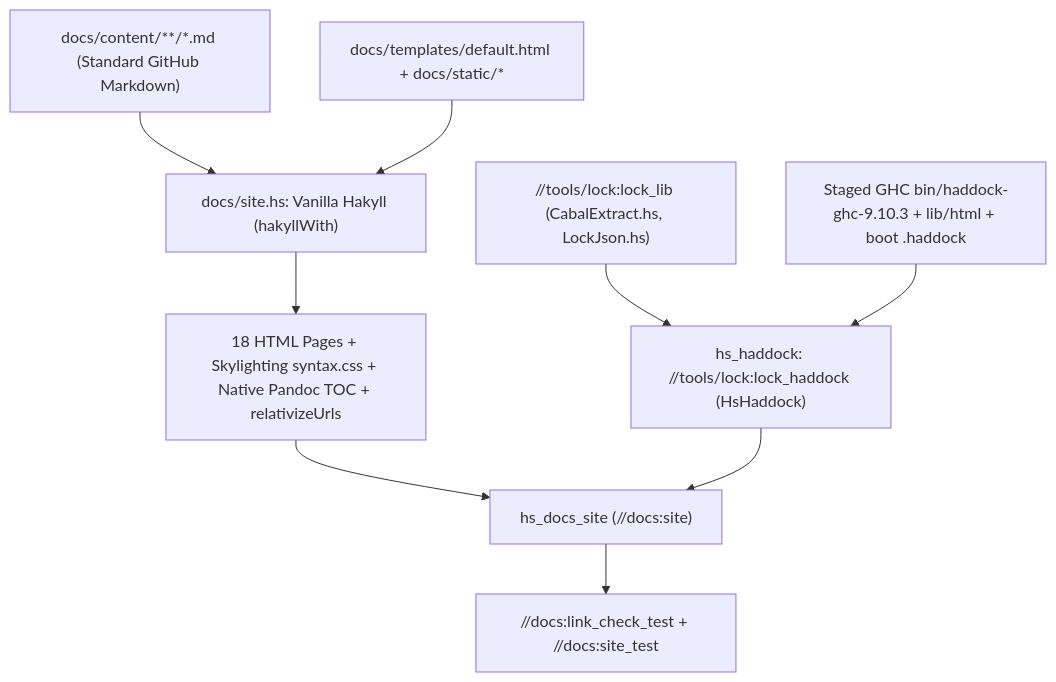
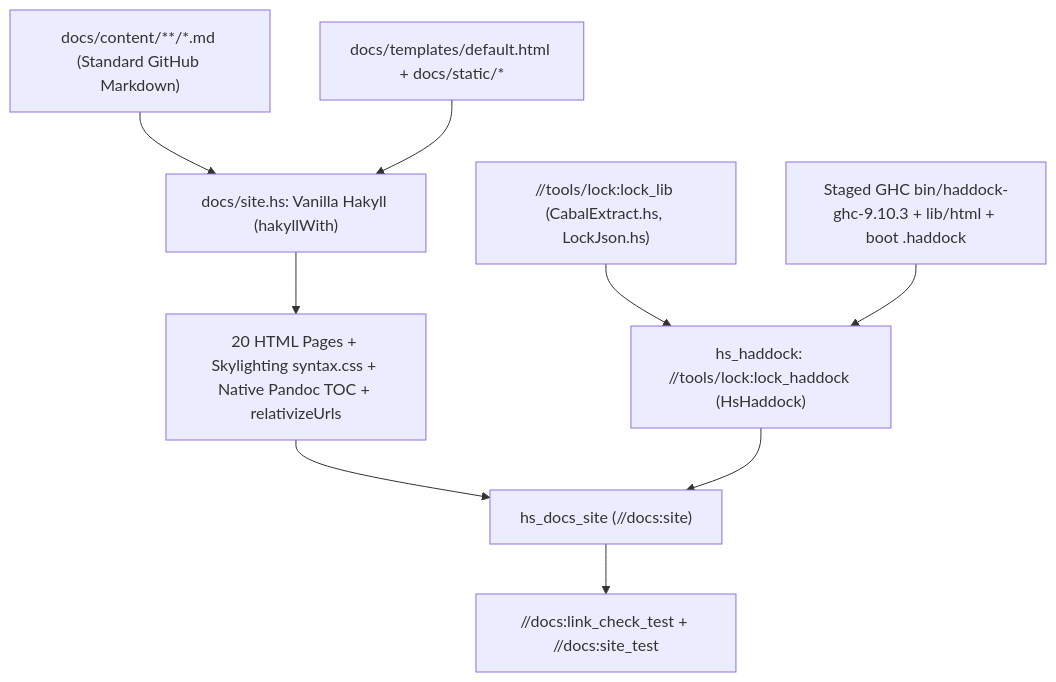
One commit to kaycebasques/hs changed the diagram in docs/content/internals/docs-engine.md. Above: the diagram before and after it, drawn with Mermaid. The commit also changed other lines of this file and 8 other files, not shown here.

````diff
--- a/docs/content/internals/docs-engine.md
+++ b/docs/content/internals/docs-engine.md
@@ -47,11 +47,11 @@
 ```mermaid
 flowchart TD
     MD["docs/content/**/*.md (Standard GitHub Markdown)"] --> HAK["docs/site.hs: Vanilla Hakyll (hakyllWith)"]
     TPL["docs/templates/default.html + docs/static/*"] --> HAK
-    HAK --> HTML["18 HTML Pages + Skylighting syntax.css + Native Pandoc TOC + relativizeUrls"]
+    HAK --> HTML["20 HTML Pages + Skylighting syntax.css + Native Pandoc TOC + relativizeUrls"]
     LOCK["//tools/lock:lock_lib (CabalExtract.hs, LockJson.hs)"] --> HAD["hs_haddock: //tools/lock:lock_haddock (HsHaddock)"]
     GHC["Staged GHC bin/haddock-ghc-9.10.3 + lib/html + boot .haddock"] --> HAD
     HTML --> SITE["hs_docs_site (//docs:site)"]
     HAD --> SITE
     SITE --> CHECK["//docs:link_check_test + //docs:site_test"]
 ```
````
